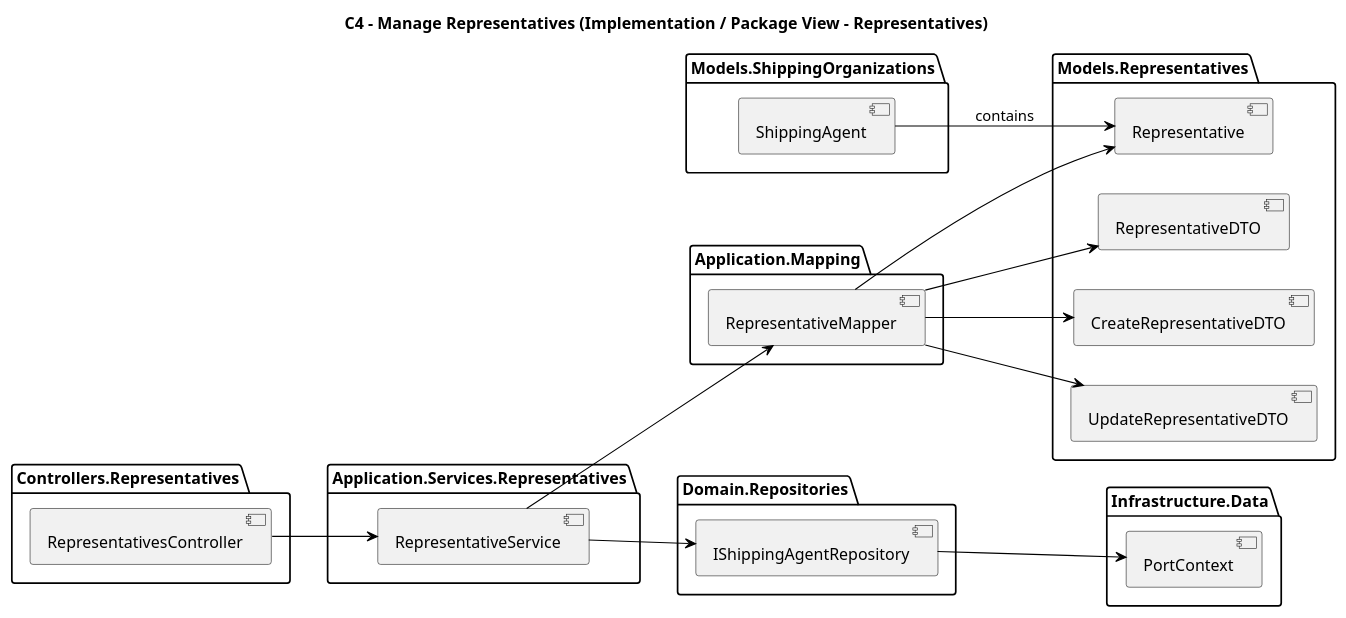
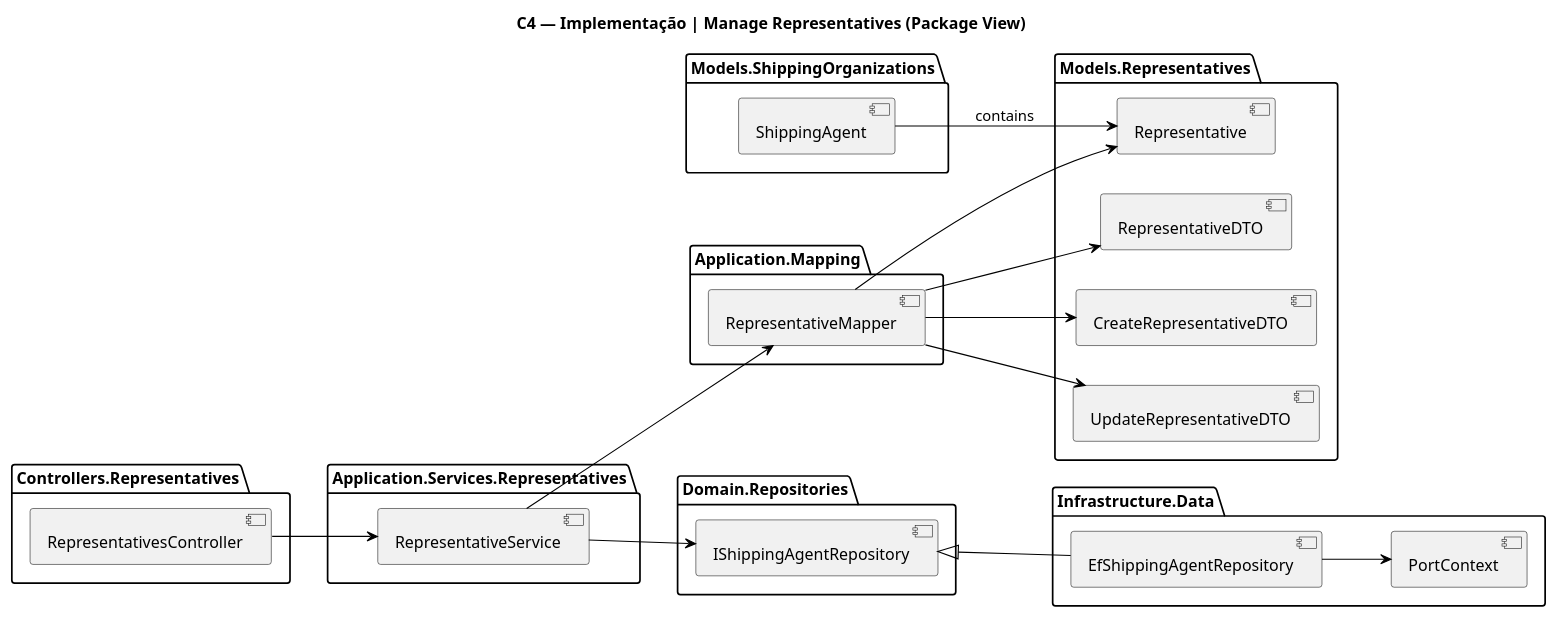
The diagram in Docs/Sprint A/US 2.2.6/Modelo c4/C4_impl.puml (Departamento-de-Engenharia-Informatica/LEI-SEM5-PI-2025-26-3DM-03), drawn with PlantUML before and after one commit. The commit also changed 12 other files, not shown here.

```diff
--- a/Docs/Sprint A/US 2.2.6/Modelo c4/C4_impl.puml
+++ b/Docs/Sprint A/US 2.2.6/Modelo c4/C4_impl.puml
@@ -1,66 +1,69 @@
 @startuml C4_Manage_Representatives_Implementation_View
-title C4 – Manage Representatives (Implementation / Package View – Representatives)
+title C4 — Implementação | Manage Representatives (Package View)
 left to right direction
 hide empty members
 
 skinparam package {
   BackgroundColor White
   BorderColor Black
   FontColor Black
 }
 skinparam arrow {
   Color Black
 }
 
 ' ======================
 ' Packages
 ' ======================
 
 package "Controllers.Representatives" {
   [RepresentativesController]
 }
 
 package "Application.Services.Representatives" {
   [RepresentativeService]
 }
 
 package "Application.Mapping" {
   [RepresentativeMapper]
 }
 
 package "Domain.Repositories" {
   [IShippingAgentRepository]
 }
 
 package "Models.Representatives" {
   [Representative]
   [RepresentativeDTO]
   [CreateRepresentativeDTO]
   [UpdateRepresentativeDTO]
 }
 
 package "Models.ShippingOrganizations" {
   [ShippingAgent]
 }
 
 package "Infrastructure.Data" {
   [PortContext]
+  [EfShippingAgentRepository]
 }
 
 ' ======================
 ' Dependencies
 ' ======================
 
 [RepresentativesController] --> [RepresentativeService]
 [RepresentativeService] --> [RepresentativeMapper]
 [RepresentativeService] --> [IShippingAgentRepository]
-[IShippingAgentRepository] --> [PortContext]
+
+[EfShippingAgentRepository] -up-|> [IShippingAgentRepository]
+[EfShippingAgentRepository] --> [PortContext]
 
 [RepresentativeMapper] --> [Representative]
 [RepresentativeMapper] --> [RepresentativeDTO]
 [RepresentativeMapper] --> [CreateRepresentativeDTO]
 [RepresentativeMapper] --> [UpdateRepresentativeDTO]
 
 [ShippingAgent] --> [Representative] : contains
 
 @enduml
```
